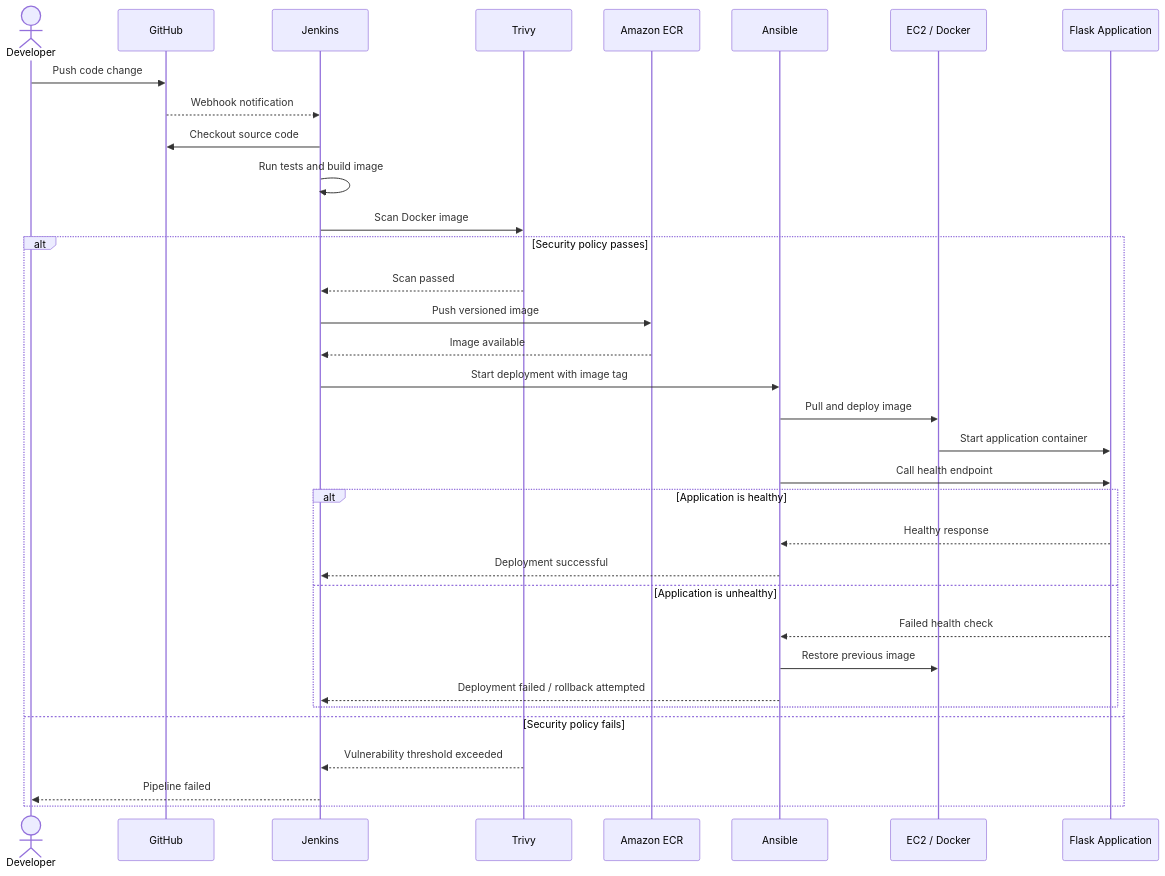
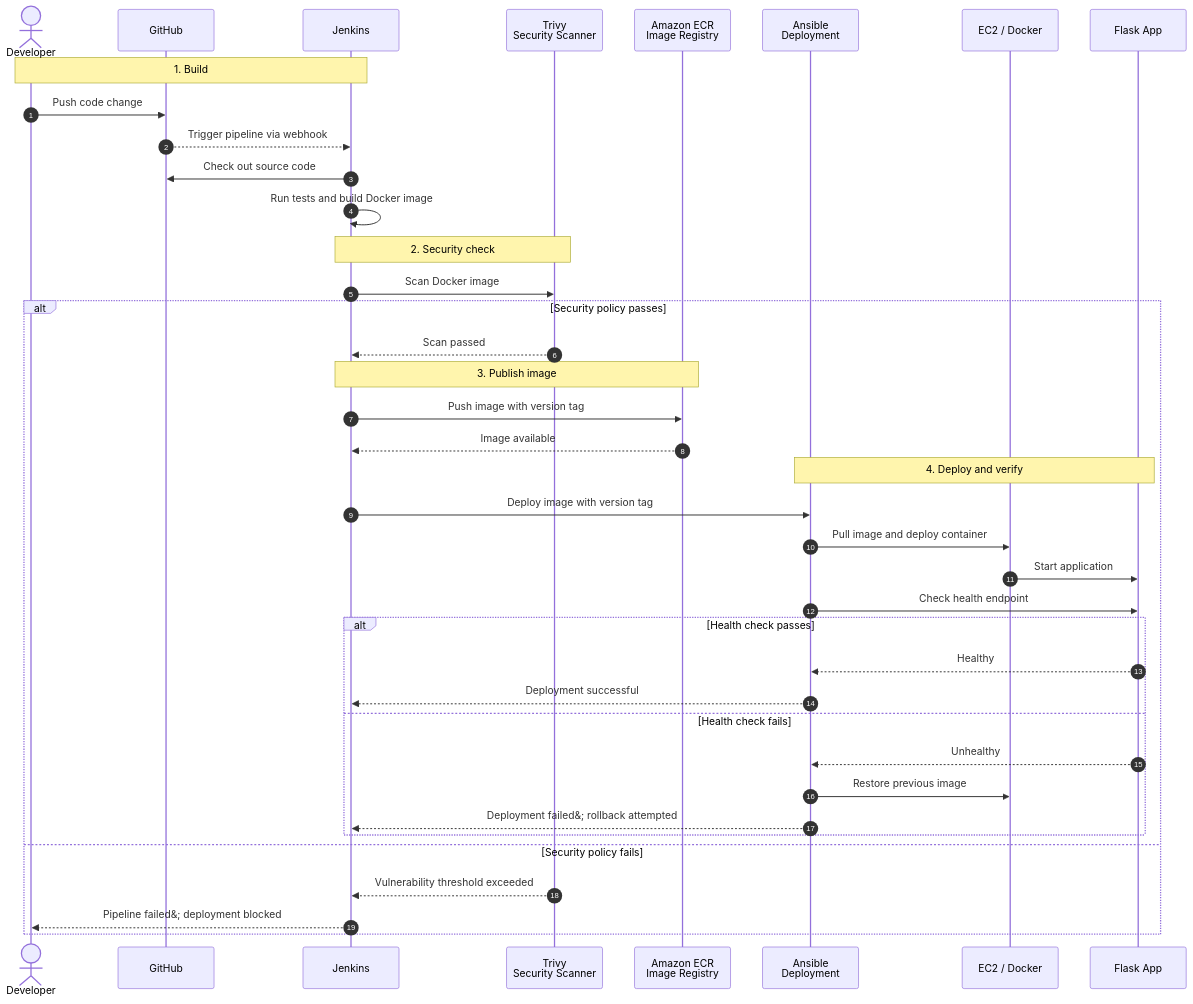
Before and after one commit to raiyanalig/Build2Cloud: the second of 2 diagrams in README.md, drawn with Mermaid. The commit also changed other lines of this file, not shown here.

First line of the commit message:
mermaid flow diagrams updated

````diff
--- a/README.md
+++ b/README.md
@@ -152,40 +182,48 @@
 ```mermaid
 sequenceDiagram
+    autonumber
     actor Developer
     participant GitHub
     participant Jenkins
-    participant Trivy
-    participant ECR as Amazon ECR
-    participant Ansible
+    participant Trivy as Trivy<br/>Security Scanner
+    participant ECR as Amazon ECR<br/>Image Registry
+    participant Ansible as Ansible<br/>Deployment
     participant EC2 as EC2 / Docker
-    participant App as Flask Application
+    participant App as Flask App
 
+    Note over Developer,Jenkins: 1. Build
     Developer->>GitHub: Push code change
-    GitHub-->>Jenkins: Webhook notification
-    Jenkins->>GitHub: Checkout source code
-    Jenkins->>Jenkins: Run tests and build image
+    GitHub-->>Jenkins: Trigger pipeline via webhook
+    Jenkins->>GitHub: Check out source code
+    Jenkins->>Jenkins: Run tests and build Docker image
+
+    Note over Jenkins,Trivy: 2. Security check
     Jenkins->>Trivy: Scan Docker image
 
     alt Security policy passes
         Trivy-->>Jenkins: Scan passed
-        Jenkins->>ECR: Push versioned image
+
+        Note over Jenkins,ECR: 3. Publish image
+        Jenkins->>ECR: Push image with version tag
         ECR-->>Jenkins: Image available
-        Jenkins->>Ansible: Start deployment with image tag
-        Ansible->>EC2: Pull and deploy image
-        EC2->>App: Start application container
-        Ansible->>App: Call health endpoint
 
-        alt Application is healthy
-            App-->>Ansible: Healthy response
+        Note over Ansible,App: 4. Deploy and verify
+        Jenkins->>Ansible: Deploy image with version tag
+        Ansible->>EC2: Pull image and deploy container
+        EC2->>App: Start application
+        Ansible->>App: Check health endpoint
+
+        alt Health check passes
+            App-->>Ansible: Healthy
             Ansible-->>Jenkins: Deployment successful
-        else Application is unhealthy
-            App-->>Ansible: Failed health check
+        else Health check fails
+            App-->>Ansible: Unhealthy
             Ansible->>EC2: Restore previous image
-            Ansible-->>Jenkins: Deployment failed / rollback attempted
+            Ansible-->>Jenkins: Deployment failed&#59; rollback attempted
         end
 
     else Security policy fails
         Trivy-->>Jenkins: Vulnerability threshold exceeded
-        Jenkins-->>Developer: Pipeline failed
+        Jenkins-->>Developer: Pipeline failed&#59; deployment blocked
     end
 ```
````
